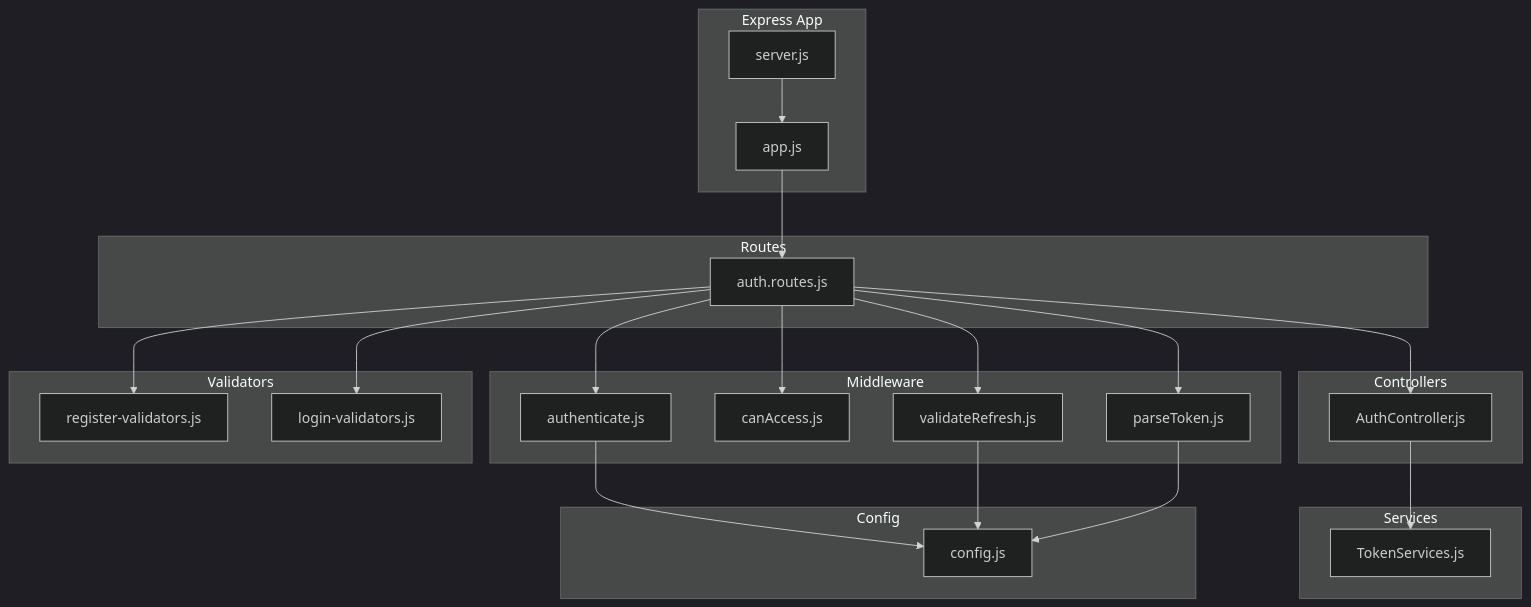
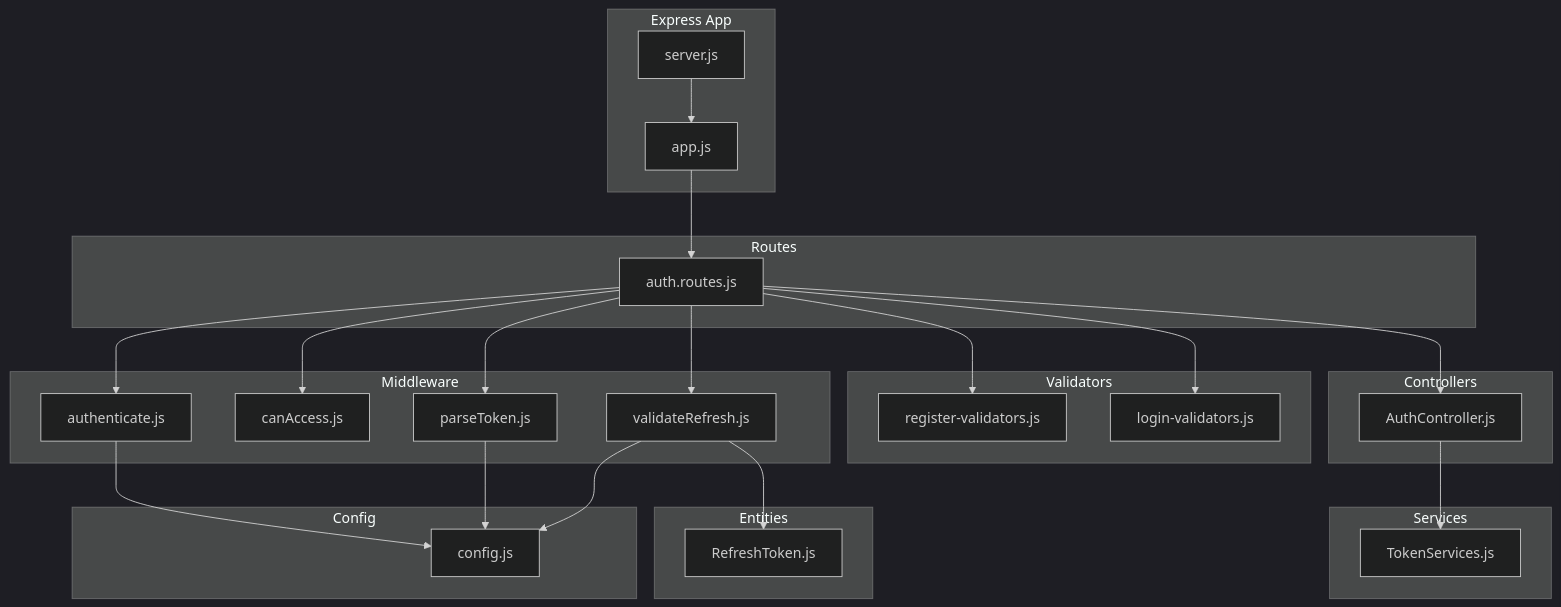
One commit to Trampoline999/mernspace-c-auth-service changed the first of 11 diagrams in .qoder/repowiki/en/content/Middleware System/Middleware System.md. Above: the diagram before and after it, drawn with Mermaid (dark theme). The commit also changed other lines of this file and 47 other files, not shown here.

````diff
--- a/.qoder/repowiki/en/content/Middleware System/Middleware System.md
+++ b/.qoder/repowiki/en/content/Middleware System/Middleware System.md
@@ -46,42 +56,46 @@
 ```mermaid
 graph TB
 subgraph "Express App"
 APP["app.js"]
 SRV["server.js"]
 end
 subgraph "Routes"
 AUTH_ROUTES["auth.routes.js"]
 end
 subgraph "Controllers"
 AUTH_CTRL["AuthController.js"]
 end
 subgraph "Middleware"
 AUTH_MW["authenticate.js"]
 ACCESS_MW["canAccess.js"]
 PARSE_MW["parseToken.js"]
 REFRESH_MW["validateRefresh.js"]
 end
 subgraph "Services"
 TOKEN_SVC["TokenServices.js"]
 end
 subgraph "Config"
 CFG["config.js"]
 end
 subgraph "Validators"
 REG_VALID["register-validators.js"]
 LOG_VALID["login-validators.js"]
 end
+subgraph "Entities"
+REFRESH_ENTITY["RefreshToken.js"]
+end
 SRV --> APP
 APP --> AUTH_ROUTES
 AUTH_ROUTES --> AUTH_MW
 AUTH_ROUTES --> ACCESS_MW
 AUTH_ROUTES --> PARSE_MW
 AUTH_ROUTES --> REFRESH_MW
 AUTH_ROUTES --> REG_VALID
 AUTH_ROUTES --> LOG_VALID
 AUTH_ROUTES --> AUTH_CTRL
 AUTH_CTRL --> TOKEN_SVC
 AUTH_MW --> CFG
 REFRESH_MW --> CFG
 PARSE_MW --> CFG
+REFRESH_MW --> REFRESH_ENTITY
 ```
````
